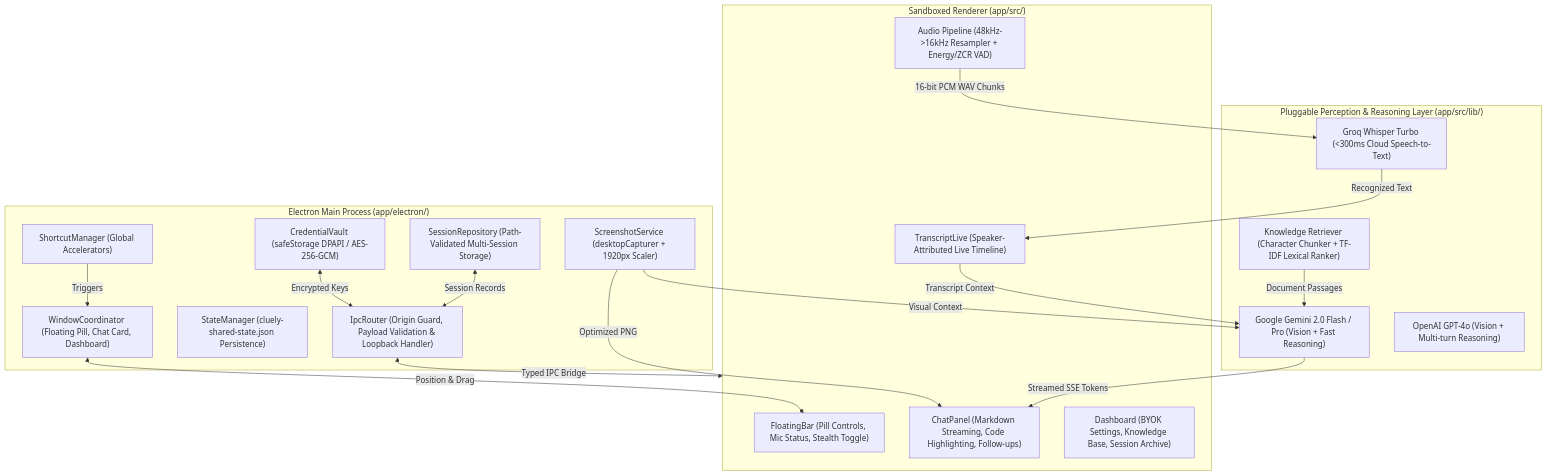
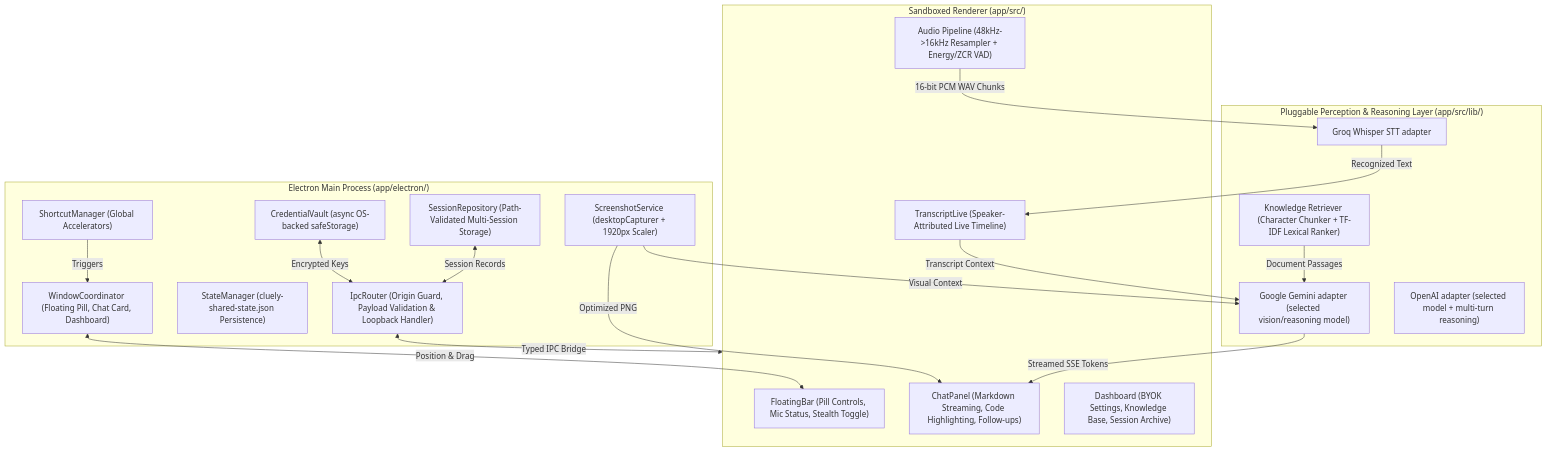
One commit to MokuLakshithReddy/Cluely-AI-Desktop-Assistant changed the diagram in README.md. Above: the diagram before and after it, drawn with Mermaid. The commit also changed other lines of this file, not shown here.

Commit message:
docs: correct provider and runtime architecture references

````diff
--- a/README.md
+++ b/README.md
@@ -115,40 +115,40 @@
 ```mermaid
 flowchart TD
     subgraph PrivilegedMain ["Electron Main Process (app/electron/)"]
         Coord["WindowCoordinator (Floating Pill, Chat Card, Dashboard)"]
         Shortcuts["ShortcutManager (Global Accelerators)"]
         ScreenSvc["ScreenshotService (desktopCapturer + 1920px Scaler)"]
         StateMgr["StateManager (cluely-shared-state.json Persistence)"]
-        VaultSvc["CredentialVault (safeStorage DPAPI / AES-256-GCM)"]
+        VaultSvc["CredentialVault (async OS-backed safeStorage)"]
         SessionRepo["SessionRepository (Path-Validated Multi-Session Storage)"]
         IpcSec["IpcRouter (Origin Guard, Payload Validation & Loopback Handler)"]
     end
 
     subgraph SandboxedUI ["Sandboxed Renderer (app/src/)"]
         PillUI["FloatingBar (Pill Controls, Mic Status, Stealth Toggle)"]
         ChatUI["ChatPanel (Markdown Streaming, Code Highlighting, Follow-ups)"]
         TransUI["TranscriptLive (Speaker-Attributed Live Timeline)"]
         DashUI["Dashboard (BYOK Settings, Knowledge Base, Session Archive)"]
         AudioEng["Audio Pipeline (48kHz->16kHz Resampler + Energy/ZCR VAD)"]
     end
 
     subgraph AIAdapters ["Pluggable Perception & Reasoning Layer (app/src/lib/)"]
-        Gemini["Google Gemini 2.0 Flash / Pro (Vision + Fast Reasoning)"]
-        OpenAI["OpenAI GPT-4o (Vision + Multi-turn Reasoning)"]
-        Groq["Groq Whisper Turbo (<300ms Cloud Speech-to-Text)"]
+        Gemini["Google Gemini adapter (selected vision/reasoning model)"]
+        OpenAI["OpenAI adapter (selected model + multi-turn reasoning)"]
+        Groq["Groq Whisper STT adapter"]
         RAG["Knowledge Retriever (Character Chunker + TF-IDF Lexical Ranker)"]
     end
 
     Shortcuts -->|Triggers| Coord
     Coord <-->|Position & Drag| PillUI
     IpcSec <-->|Typed IPC Bridge| SandboxedUI
     ScreenSvc -->|Optimized PNG| ChatUI
     AudioEng -->|16-bit PCM WAV Chunks| Groq
     Groq -->|Recognized Text| TransUI
     TransUI -->|Transcript Context| Gemini
     ScreenSvc -->|Visual Context| Gemini
     RAG -->|Document Passages| Gemini
     Gemini -->|Streamed SSE Tokens| ChatUI
     VaultSvc <-->|Encrypted Keys| IpcSec
     SessionRepo <-->|Session Records| IpcSec
 ```
````
